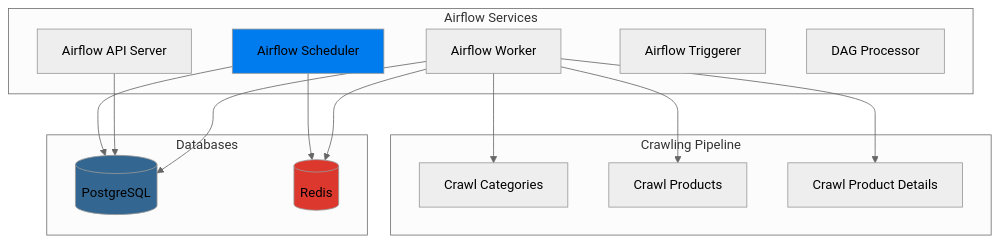
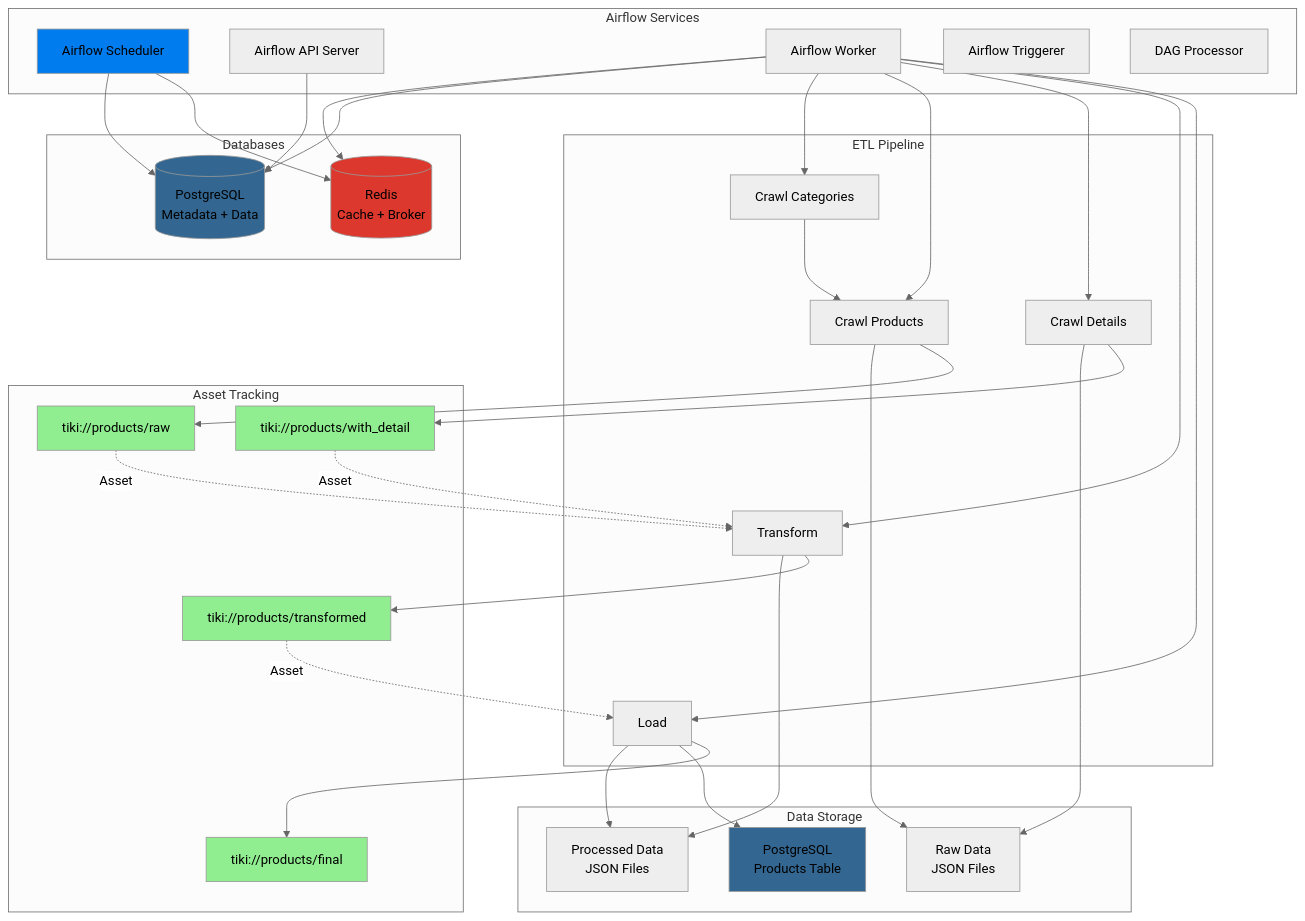
One commit to SeikoP/tiki-data-pipeline changed the diagram in README.md. Above: the diagram before and after it, drawn with Mermaid (neutral theme). The commit also changed other lines of this file and 2 other files, not shown here.

Commit message:
Enhance Tiki Data Pipeline with Asset-aware Scheduling in Airflow DAG. Update README to include new asset tracking features and ETL pipeline flow. Modify DAG to utilize Dataset for tracking data dependencies, improving scheduling efficiency and modularity.

````diff
--- a/README.md
+++ b/README.md
@@ -159,34 +161,71 @@
 ```mermaid
 graph TB
     subgraph "Airflow Services"
         A[Airflow Scheduler]
         B[Airflow API Server]
         C[Airflow Worker]
         D[Airflow Triggerer]
         E[DAG Processor]
     end
     
     subgraph "Databases"
-        F[(PostgreSQL)]
-        G[(Redis)]
+        F[(PostgreSQL<br/>Metadata + Data)]
+        G[(Redis<br/>Cache + Broker)]
     end
     
-    subgraph "Crawling Pipeline"
+    subgraph "ETL Pipeline"
         H[Crawl Categories]
         I[Crawl Products]
-        J[Crawl Product Details]
+        J[Crawl Details]
+        K[Transform]
+        L[Load]
+    end
+    
+    subgraph "Data Storage"
+        M[Raw Data<br/>JSON Files]
+        N[Processed Data<br/>JSON Files]
+        O[PostgreSQL<br/>Products Table]
+    end
+    
+    subgraph "Asset Tracking"
+        P[tiki://products/raw]
+        Q[tiki://products/with_detail]
+        R[tiki://products/transformed]
+        S[tiki://products/final]
     end
     
     A --> F
     A --> G
     B --> F
     C --> G
     C --> F
     C --> H
     C --> I
     C --> J
+    C --> K
+    C --> L
+    
+    H --> I
+    I --> M
+    I --> P
+    J --> M
+    J --> Q
+    K --> N
+    K --> R
+    L --> N
+    L --> O
+    L --> S
+    
+    P -.->|Asset| K
+    Q -.->|Asset| K
+    R -.->|Asset| L
     
     style F fill:#336791
     style G fill:#DC382D
     style A fill:#017CEE
+    style O fill:#336791
+    style P fill:#90EE90
+    style Q fill:#90EE90
+    style R fill:#90EE90
+    style S fill:#90EE90
 ```
````
